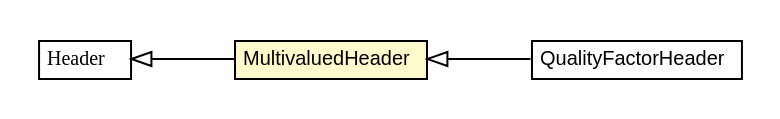
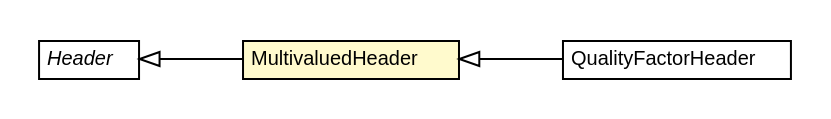
The diagram in javadoc/apidocs/org/turbogwt/net/http/client/header/MultivaluedHeader.dot (growbit/turbogwt-http), drawn with Graphviz before and after one commit. The commit also changed 463 other files, not shown here.

```diff
--- a/javadoc/apidocs/org/turbogwt/net/http/client/header/MultivaluedHeader.dot
+++ b/javadoc/apidocs/org/turbogwt/net/http/client/header/MultivaluedHeader.dot
@@ -1,35 +1,35 @@
 #!/usr/local/bin/dot
 #
 # Class diagram 
 # Generated by UMLGraph version R5_6-24-gf6e263 (http://www.umlgraph.org/)
 #
 
 digraph G {
-	edge [fontname="arial",fontsize=10,labelfontname="arial",labelfontsize=10];
-	node [fontname="arial",fontsize=10,shape=plaintext];
+	edge [fontname="Helvetica",fontsize=10,labelfontname="Helvetica",labelfontsize=10];
+	node [fontname="Helvetica",fontsize=10,shape=plaintext];
 	nodesep=0.25;
 	ranksep=0.5;
 	rankdir=LR;
+	// org.turbogwt.net.http.client.header.MultivaluedHeader
+	c2529 [label=<<table title="org.turbogwt.net.http.client.header.MultivaluedHeader" border="0" cellborder="1" cellspacing="0" cellpadding="2" port="p" bgcolor="lemonChiffon" href="./MultivaluedHeader.html">
+		<tr><td><table border="0" cellspacing="0" cellpadding="1">
+<tr><td align="center" balign="center"> MultivaluedHeader </td></tr>
+		</table></td></tr>
+		</table>>, URL="./MultivaluedHeader.html", fontname="Helvetica", fontcolor="black", fontsize=10.0];
 	// org.turbogwt.net.http.client.header.QualityFactorHeader
-	c1798 [label=<<table title="org.turbogwt.net.http.client.header.QualityFactorHeader" border="0" cellborder="1" cellspacing="0" cellpadding="2" port="p" href="./QualityFactorHeader.html">
+	c2532 [label=<<table title="org.turbogwt.net.http.client.header.QualityFactorHeader" border="0" cellborder="1" cellspacing="0" cellpadding="2" port="p" href="./QualityFactorHeader.html">
 		<tr><td><table border="0" cellspacing="0" cellpadding="1">
 <tr><td align="center" balign="center"> QualityFactorHeader </td></tr>
 		</table></td></tr>
-		</table>>, URL="./QualityFactorHeader.html", fontname="arial", fontcolor="black", fontsize=10.0];
-	// org.turbogwt.net.http.client.header.MultivaluedHeader
-	c1800 [label=<<table title="org.turbogwt.net.http.client.header.MultivaluedHeader" border="0" cellborder="1" cellspacing="0" cellpadding="2" port="p" bgcolor="lemonChiffon" href="./MultivaluedHeader.html">
+		</table>>, URL="./QualityFactorHeader.html", fontname="Helvetica", fontcolor="black", fontsize=10.0];
+	//org.turbogwt.net.http.client.header.MultivaluedHeader extends com.google.gwt.http.client.Header
+	c2573:p -> c2529:p [dir=back,arrowtail=empty];
+	//org.turbogwt.net.http.client.header.QualityFactorHeader extends org.turbogwt.net.http.client.header.MultivaluedHeader
+	c2529:p -> c2532:p [dir=back,arrowtail=empty];
+	// com.google.gwt.http.client.Header
+	c2573 [label=<<table title="com.google.gwt.http.client.Header" border="0" cellborder="1" cellspacing="0" cellpadding="2" port="p" href="http://google-web-toolkit.googlecode.com/svn/javadoc/latest/com/google/gwt/http/client/Header.html">
 		<tr><td><table border="0" cellspacing="0" cellpadding="1">
-<tr><td align="center" balign="center"> MultivaluedHeader </td></tr>
+<tr><td align="center" balign="center"><font face="Helvetica-Oblique"> Header </font></td></tr>
 		</table></td></tr>
-		</table>>, URL="./MultivaluedHeader.html", fontname="arial", fontcolor="black", fontsize=10.0];
-	//org.turbogwt.net.http.client.header.QualityFactorHeader extends org.turbogwt.net.http.client.header.MultivaluedHeader
-	c1800:p -> c1798:p [dir=back,arrowtail=empty];
-	//org.turbogwt.net.http.client.header.MultivaluedHeader extends com.google.gwt.http.client.Header
-	c1825:p -> c1800:p [dir=back,arrowtail=empty];
-	// com.google.gwt.http.client.Header
-	c1825 [label=<<table title="com.google.gwt.http.client.Header" border="0" cellborder="1" cellspacing="0" cellpadding="2" port="p" href="http://google-web-toolkit.googlecode.com/svn/javadoc/latest/com/google/gwt/http/client/Header.html">
-		<tr><td><table border="0" cellspacing="0" cellpadding="1">
-<tr><td align="center" balign="center"><font face="arial italic"> Header </font></td></tr>
-		</table></td></tr>
-		</table>>, URL="http://google-web-toolkit.googlecode.com/svn/javadoc/latest/com/google/gwt/http/client/Header.html", fontname="arial", fontcolor="black", fontsize=10.0];
+		</table>>, URL="http://google-web-toolkit.googlecode.com/svn/javadoc/latest/com/google/gwt/http/client/Header.html", fontname="Helvetica", fontcolor="black", fontsize=10.0];
 }
```
